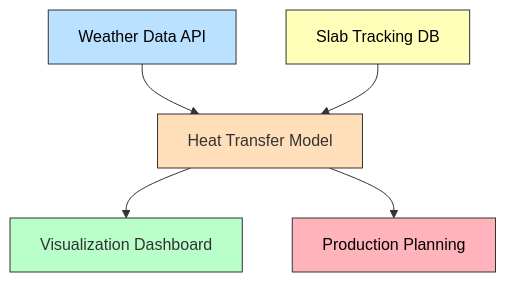
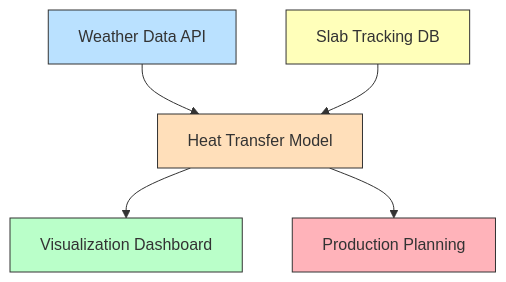
One commit to Christophe-Foyer/website changed the second of 2 diagrams in public/data/projects/2018-06-01-Tata Steel.md. Above: the diagram before and after it, drawn with Mermaid.

````diff
--- a/public/data/projects/2018-06-01-Tata Steel.md
+++ b/public/data/projects/2018-06-01-Tata Steel.md
@@ -36,13 +36,13 @@
 ```mermaid
 flowchart TD
     A[Weather Data API] --> M[Heat Transfer Model]
     B[Slab Tracking DB] --> M
     M --> V[Visualization Dashboard]
     M --> R[Production Planning]
     
-    style A fill:#bae1ff,stroke:#333,stroke-width:1px,color:#000
-    style B fill:#ffffba,stroke:#333,stroke-width:1px,color:#000
+    style A fill:#bae1ff,stroke:#333,stroke-width:1px
+    style B fill:#ffffba,stroke:#333,stroke-width:1px
     style M fill:#ffdfba,stroke:#333,stroke-width:1px
     style V fill:#baffc9,stroke:#333,stroke-width:1px
-    style R fill:#ffb3ba,stroke:#333,stroke-width:1px,color:#000
+    style R fill:#ffb3ba,stroke:#333,stroke-width:1px
 ```
````
